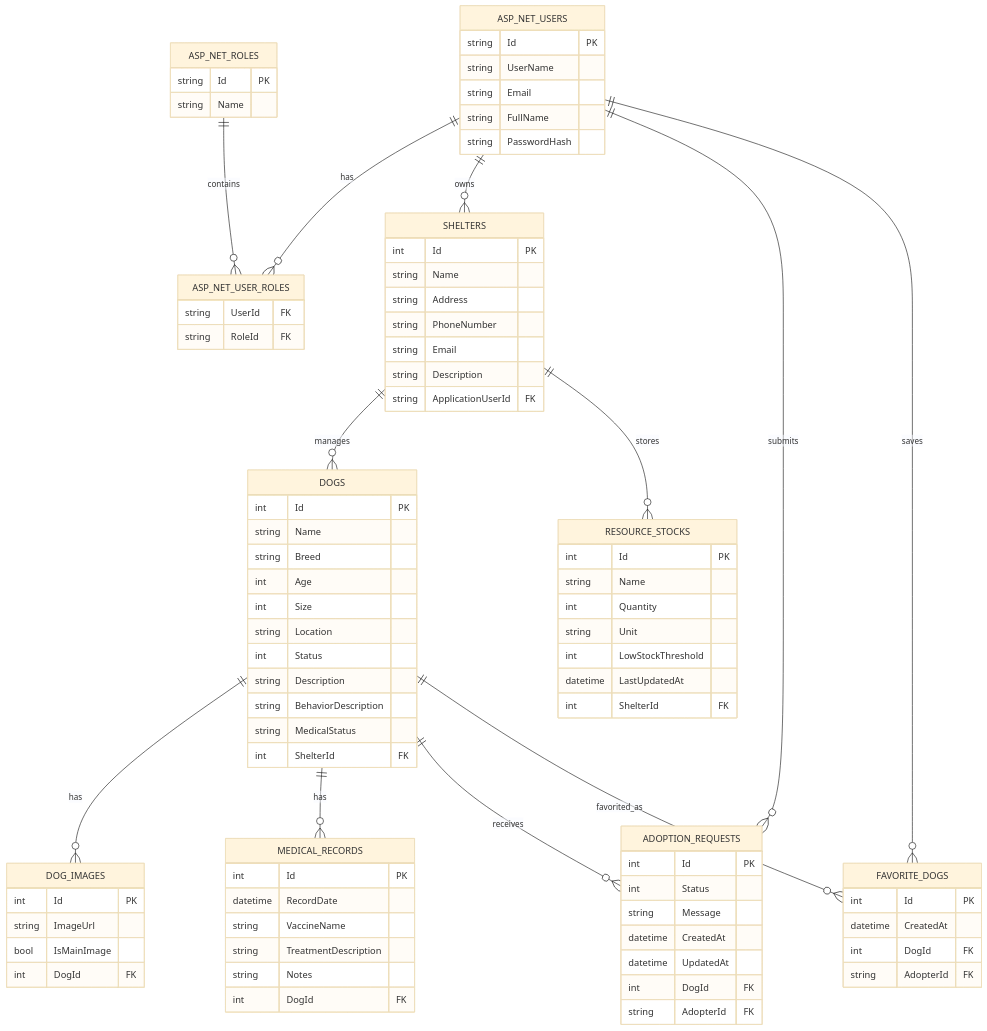
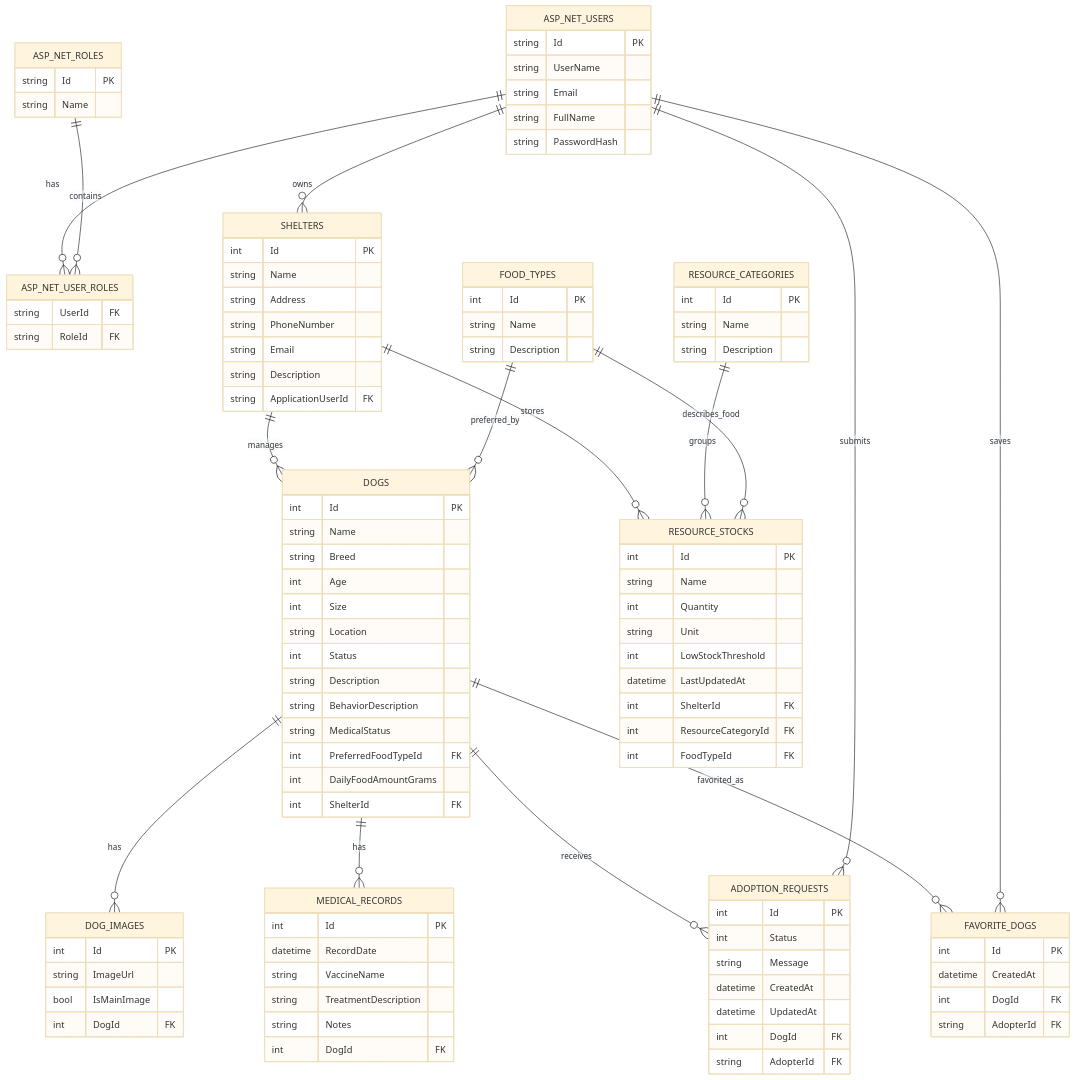
The diagram in docs/database-diagram.md (dahornea/PawConnect), drawn with Mermaid (base theme) before and after one commit. The commit also changed other lines of this file and 16 other files, not shown here.

Commit message:
added food types

```diff
--- a/docs/database-diagram.md
+++ b/docs/database-diagram.md
@@ -43,6 +43,8 @@
         string Description
         string BehaviorDescription
         string MedicalStatus
+        int PreferredFoodTypeId FK
+        int DailyFoodAmountGrams
         int ShelterId FK
     }
 
@@ -87,6 +89,20 @@
         int LowStockThreshold
         datetime LastUpdatedAt
         int ShelterId FK
+        int ResourceCategoryId FK
+        int FoodTypeId FK
+    }
+
+    RESOURCE_CATEGORIES {
+        int Id PK
+        string Name
+        string Description
+    }
+
+    FOOD_TYPES {
+        int Id PK
+        string Name
+        string Description
     }
 
     ASP_NET_USERS ||--o{ ASP_NET_USER_ROLES : has
@@ -95,6 +111,9 @@
     ASP_NET_USERS ||--o{ SHELTERS : owns
     SHELTERS ||--o{ DOGS : manages
     SHELTERS ||--o{ RESOURCE_STOCKS : stores
+    RESOURCE_CATEGORIES ||--o{ RESOURCE_STOCKS : groups
+    FOOD_TYPES ||--o{ RESOURCE_STOCKS : describes_food
+    FOOD_TYPES ||--o{ DOGS : preferred_by
 
     DOGS ||--o{ DOG_IMAGES : has
     DOGS ||--o{ MEDICAL_RECORDS : has
```
